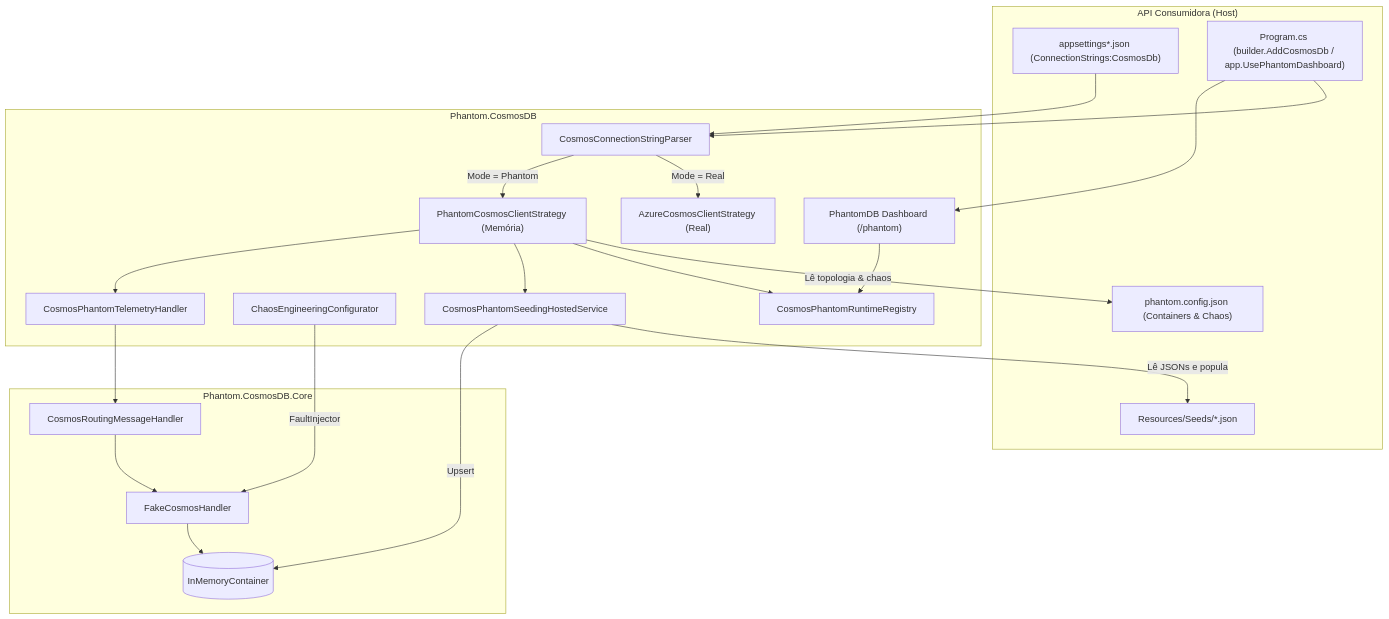
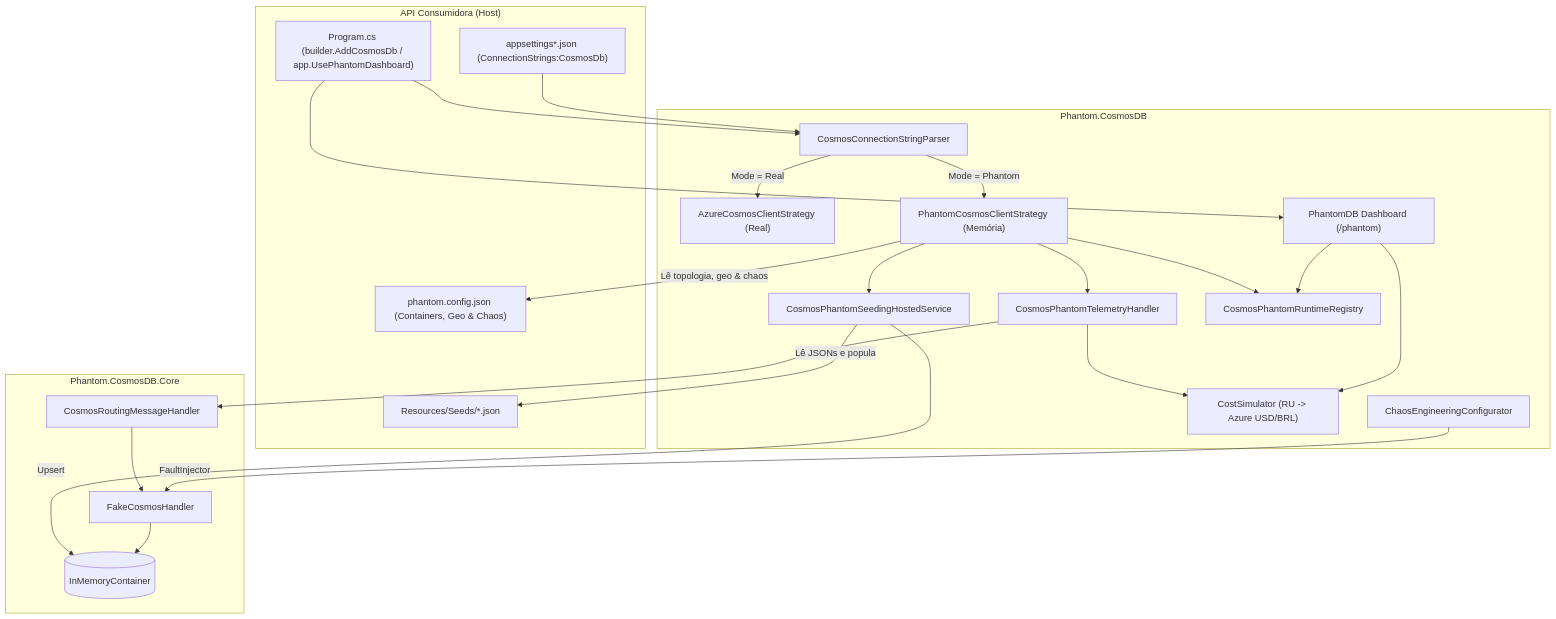
Before and after one commit to iamdiegoinacio/PhantomCosmosDB: the first of 3 diagrams in Docs/Architecture.md, drawn with Mermaid. The commit also changed other lines of this file and 2 other files, not shown here.

Commit message:
docs: update README, Architecture, and Core README with Dashboard, Geo, and local API integration guide

````diff
--- a/Docs/Architecture.md
+++ b/Docs/Architecture.md
@@ -9,46 +20,49 @@
 ```mermaid
 flowchart TD
     subgraph ConsumerAPI ["API Consumidora (Host)"]
         AppSettings["appsettings*.json (ConnectionStrings:CosmosDb)"]
-        PhantomCfg["phantom.config.json (Containers & Chaos)"]
+        PhantomCfg["phantom.config.json (Containers, Geo & Chaos)"]
         Program["Program.cs (builder.AddCosmosDb / app.UsePhantomDashboard)"]
         Seeds["Resources/Seeds/*.json"]
     end
 
     subgraph PhantomLib ["Phantom.CosmosDB"]
         Parser["CosmosConnectionStringParser"]
         AzureStrat["AzureCosmosClientStrategy (Real)"]
         PhantomStrat["PhantomCosmosClientStrategy (Memória)"]
         HostedSeed["CosmosPhantomSeedingHostedService"]
         Chaos["ChaosEngineeringConfigurator"]
         Telemetry["CosmosPhantomTelemetryHandler"]
+        CostSim["CostSimulator (RU -> Azure USD/BRL)"]
         Registry["CosmosPhantomRuntimeRegistry"]
         Dashboard["PhantomDB Dashboard (/phantom)"]
     end
 
     subgraph CoreEngine ["Phantom.CosmosDB.Core"]
         Router["CosmosRoutingMessageHandler"]
         Handler["FakeCosmosHandler"]
         InMemDB[("InMemoryContainer")]
     end
 
     Program --> Parser
     AppSettings --> Parser
     Parser -->|Mode = Real| AzureStrat
     Parser -->|Mode = Phantom| PhantomStrat
 
-    PhantomStrat -->|Lê topologia & chaos| PhantomCfg
+    PhantomStrat -->|Lê topologia, geo & chaos| PhantomCfg
     PhantomStrat --> Registry
     PhantomStrat --> HostedSeed
     HostedSeed -->|Lê JSONs e popula| Seeds
     HostedSeed -->|Upsert| InMemDB
 
     PhantomStrat --> Telemetry
     Telemetry --> Router
+    Telemetry --> CostSim
     Router --> Handler
     Chaos -->|FaultInjector| Handler
     Handler --> InMemDB
 
     Program --> Dashboard
     Dashboard --> Registry
+    Dashboard --> CostSim
 ```
````
